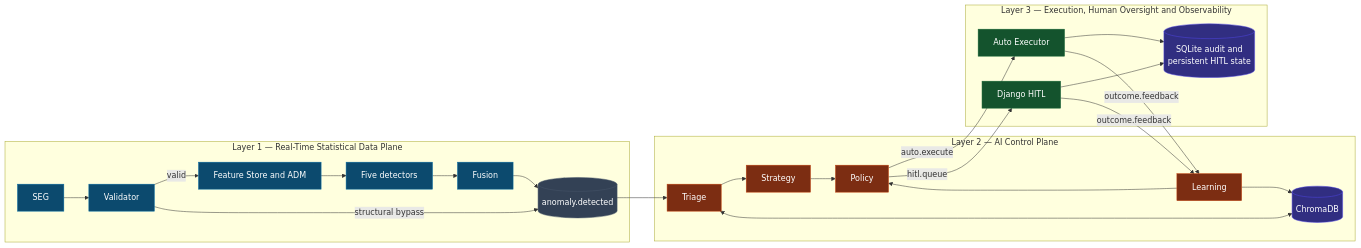
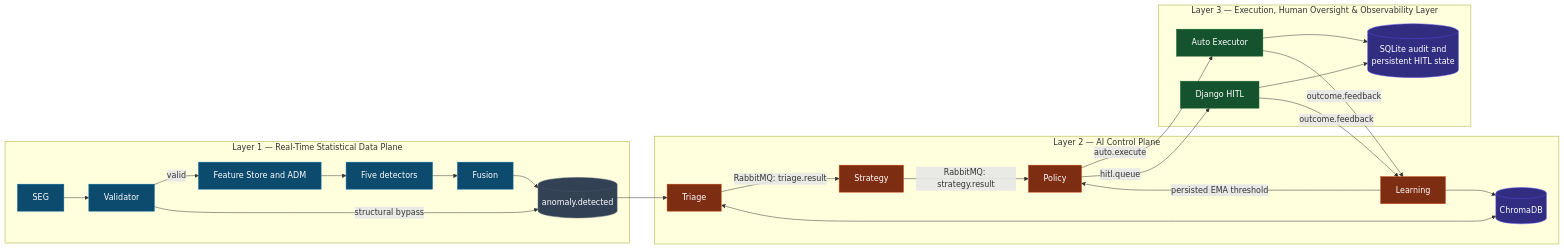
Before and after one commit to Spectre206/fyp-pipeline: the second of 4 diagrams in docs/System_Design_and_Methodology.md, drawn with Mermaid. The commit also changed other lines of this file and 14 other files, not shown here.

```diff
--- a/docs/System_Design_and_Methodology.md
+++ b/docs/System_Design_and_Methodology.md
@@ -139,43 +144,43 @@
 ~~~mermaid
 flowchart LR
     classDef data fill:#0c4a6e,color:#fff,stroke:#0369a1
     classDef control fill:#7c2d12,color:#fff,stroke:#c2410c
     classDef exec fill:#14532d,color:#fff,stroke:#166534
     classDef queue fill:#334155,color:#fff,stroke:#475569
     classDef store fill:#312e81,color:#fff,stroke:#4f46e5
 
     subgraph L1["Layer 1 — Real-Time Statistical Data Plane"]
         SEG[SEG] --> VAL[Validator]
         VAL -->|valid| FS[Feature Store and ADM]
         FS --> DET[Five detectors]
         DET --> FUS[Fusion]
         VAL -->|structural bypass| AN[(anomaly.detected)]
         FUS --> AN
     end
     subgraph L2["Layer 2 — AI Control Plane"]
-        TRI[Triage] --> STR[Strategy]
-        STR --> POL[Policy]
+        TRI[Triage] -->|"RabbitMQ: triage.result"| STR[Strategy]
+        STR -->|"RabbitMQ: strategy.result"| POL[Policy]
         LEA[Learning]
         MEM[(ChromaDB)]
         TRI <--> MEM
         LEA --> MEM
-        LEA --> POL
+        LEA -->|"persisted EMA threshold"| POL
     end
-    subgraph L3["Layer 3 — Execution, Human Oversight and Observability"]
+    subgraph L3["Layer 3 — Execution, Human Oversight & Observability Layer"]
         AUT[Auto Executor]
         HIT[Django HITL]
         AUD[(SQLite audit and<br/>persistent HITL state)]
         AUT --> AUD
         HIT --> AUD
     end
     AN --> TRI
     POL -->|auto.execute| AUT
     POL -->|hitl.queue| HIT
     AUT -->|outcome.feedback| LEA
     HIT -->|outcome.feedback| LEA
     class SEG,VAL,FS,DET,FUS data
     class TRI,STR,POL,LEA control
     class AUT,HIT exec
     class AN queue
     class MEM,AUD store
 ~~~
```
